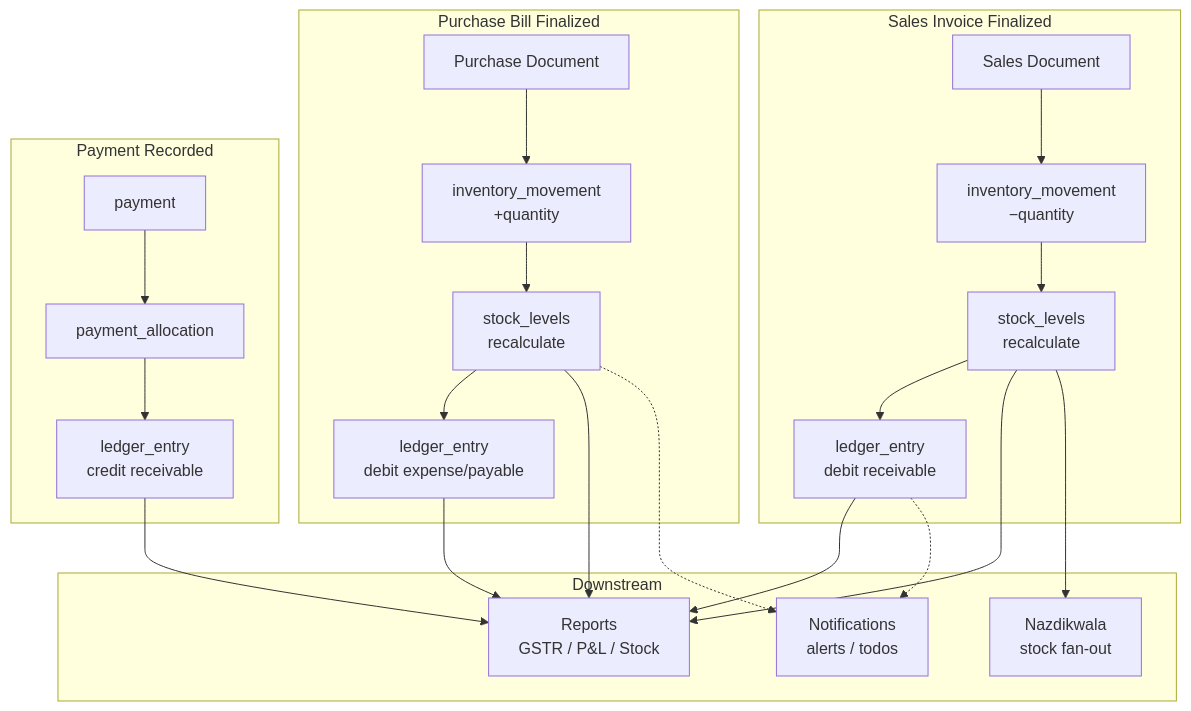
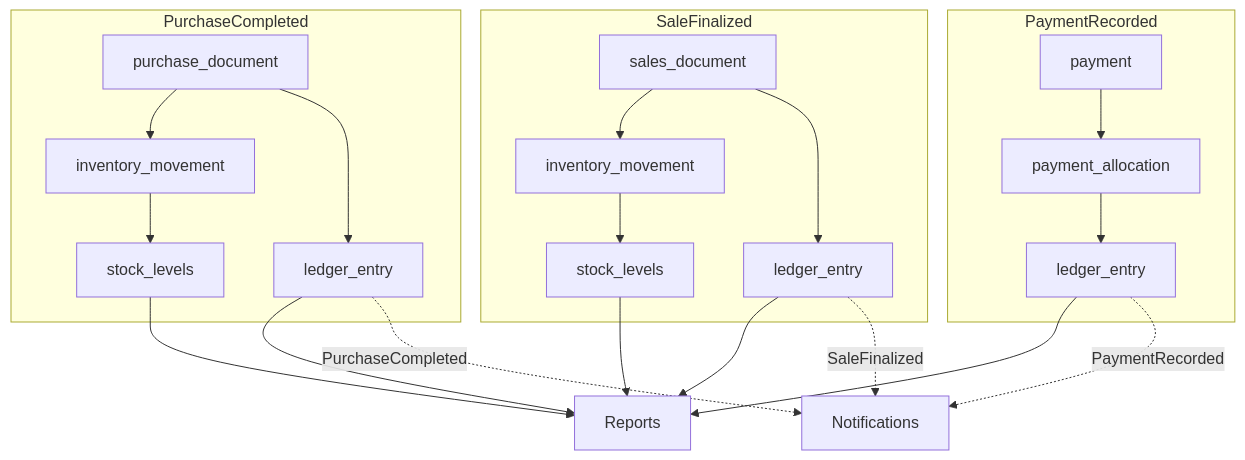
The fifth of 11 diagrams in docs/01-architecture.md (DevInDayslab/billing-baba), drawn with Mermaid before and after one commit. The commit also changed other lines of this file, not shown here.

Commit message:
Update architecture documentation to clarify business domains and bounded contexts. Introduce a new Business Process Flow section, revise terminology for clarity, and enhance the context map with a legend for better understanding of relationships and dependencies.

````diff
--- a/docs/01-architecture.md
+++ b/docs/01-architecture.md
@@ -458,41 +451,38 @@
 ```mermaid
 flowchart TD
-    subgraph purchase_flow["Purchase Bill Finalized"]
-        PB["Purchase Document"]
-        IM1["inventory_movement\n+quantity"]
-        SL1["stock_levels\nrecalculate"]
-        LE1["ledger_entry\ndebit expense/payable"]
+    subgraph sale["SaleFinalized"]
+        SD["sales_document"]
+        IM2["inventory_movement"]
+        SL2["stock_levels"]
+        LE2["ledger_entry"]
     end
 
-    subgraph sale_flow["Sales Invoice Finalized"]
-        SD["Sales Document"]
-        IM2["inventory_movement\n−quantity"]
-        SL2["stock_levels\nrecalculate"]
-        LE2["ledger_entry\ndebit receivable"]
+    subgraph purchase["PurchaseCompleted"]
+        PB["purchase_document"]
+        IM1["inventory_movement"]
+        SL1["stock_levels"]
+        LE1["ledger_entry"]
     end
 
-    subgraph payment_flow["Payment Recorded"]
+    subgraph payment["PaymentRecorded"]
         PAY["payment"]
         PA["payment_allocation"]
-        LE3["ledger_entry\ncredit receivable"]
+        LE3["ledger_entry"]
     end
 
-    subgraph downstream["Downstream"]
-        REP["Reports\nGSTR / P&L / Stock"]
-        NOT["Notifications\nalerts / todos"]
-        NAZ["Nazdikwala\nstock fan-out"]
-    end
-
-    PB --> IM1 --> SL1 --> LE1
-    SD --> IM2 --> SL2 --> LE2
+    SD --> IM2 --> SL2
+    SD --> LE2
+    PB --> IM1 --> SL1
+    PB --> LE1
     PAY --> PA --> LE3
 
-    LE1 --> REP
+    LE1 --> REP["Reports"]
     LE2 --> REP
     LE3 --> REP
     SL1 --> REP
     SL2 --> REP
-    SL2 --> NAZ
-    LE2 -.-> NOT
-    SL1 -.-> NOT
+
+    LE2 -.->|SaleFinalized| NOT["Notifications"]
+    LE1 -.->|PurchaseCompleted| NOT
+    LE3 -.->|PaymentRecorded| NOT
 ```
````
